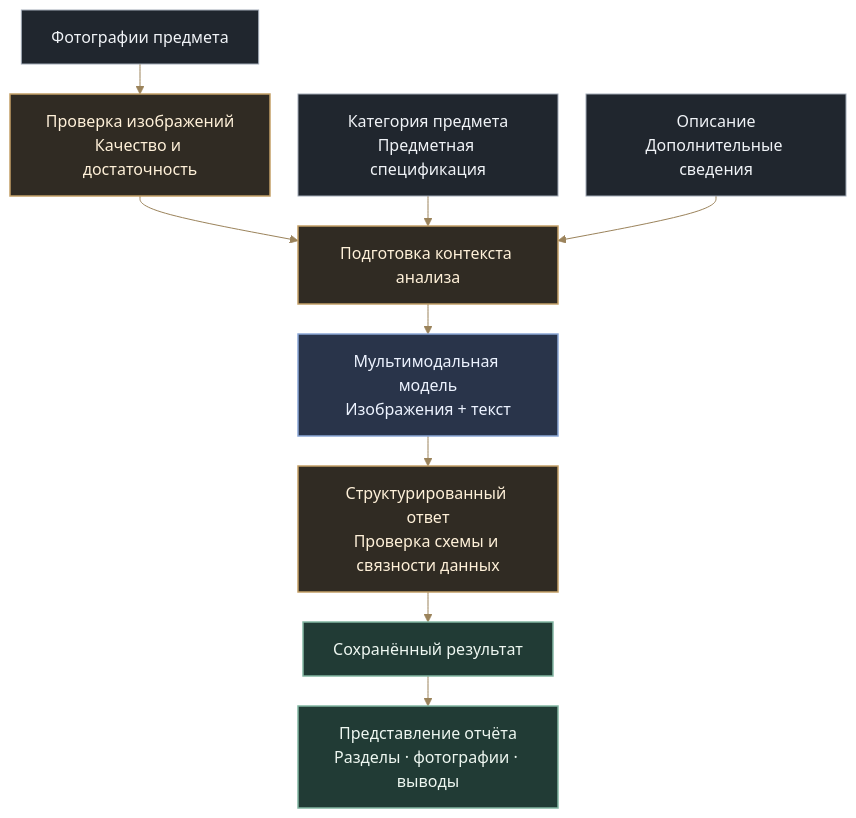
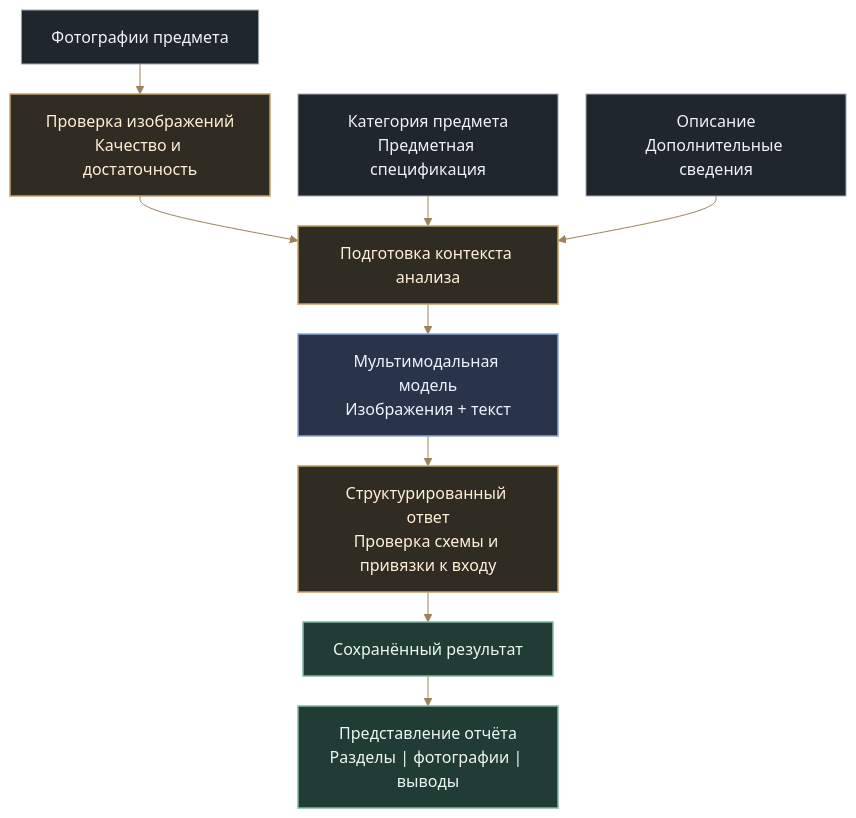
The second of 4 diagrams in PRESENTATION.md (Vkuvalin/antique-attribution-ai-public), drawn with Mermaid before and after one commit. The commit also changed other lines of this file, not shown here.

````diff
--- a/PRESENTATION.md
+++ b/PRESENTATION.md
@@ -64,32 +83,32 @@
 ```mermaid
 ---
 config:
   theme: base
   themeVariables:
     fontFamily: Arial, sans-serif
     fontSize: 16px
     lineColor: "#9b835b"
     edgeLabelBackground: "#f5f0e7"
   flowchart:
     nodeSpacing: 28
     rankSpacing: 30
     curve: basis
 ---
 flowchart TB
     P["Фотографии предмета"] --> Q["Проверка изображений<br/>Качество и достаточность"]
     Q --> C["Подготовка контекста анализа"]
     T["Категория предмета<br/>Предметная спецификация"] --> C
     U["Описание<br/>Дополнительные сведения"] --> C
     C --> M["Мультимодальная модель<br/>Изображения + текст"]
-    M --> V["Структурированный ответ<br/>Проверка схемы и связности данных"]
+    M --> V["Структурированный ответ<br/>Проверка схемы и привязки к входу"]
     V --> R["Сохранённый результат"]
-    R --> O["Представление отчёта<br/>Разделы · фотографии · выводы"]
+    R --> O["Представление отчёта<br/>Разделы | фотографии | выводы"]
     classDef input fill:#20262e,stroke:#a1aab6,color:#f0f3f7;
     classDef process fill:#302b23,stroke:#c3a067,color:#fff1d9,stroke-width:1.5px;
     classDef model fill:#29344a,stroke:#8aa7d6,color:#edf3ff,stroke-width:1.5px;
     classDef result fill:#213b35,stroke:#82b6a2,color:#eef7f1,stroke-width:1.5px;
     class P,T,U input;
     class Q,C,V process;
     class M model;
     class R,O result;
 ```
````
